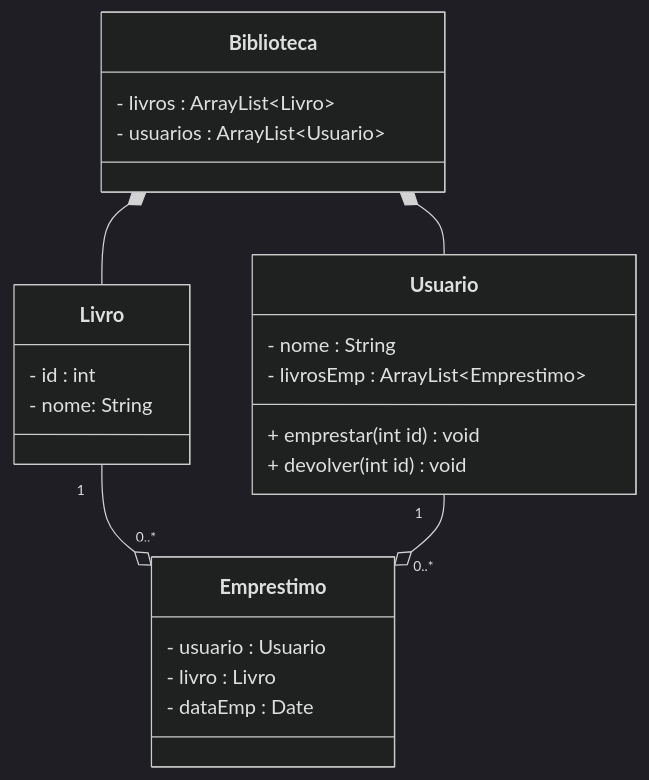
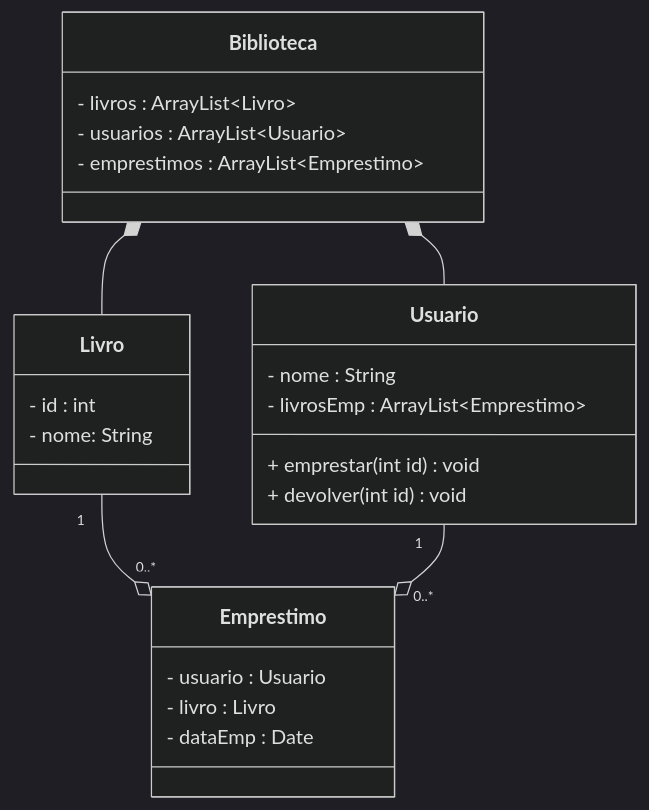
The diagram in Laboratorios/lab-03/Readme.md (feliperezn/IFSC-ADS-POO-2026-2), drawn with Mermaid (dark theme) before and after one commit.

````diff
--- a/Laboratorios/lab-03/Readme.md
+++ b/Laboratorios/lab-03/Readme.md
@@ -1,32 +1,33 @@
 ```mermaid
 classDiagram
     direction BT
 
 class Biblioteca {
     - livros : ArrayList~Livro~
     - usuarios : ArrayList~Usuario~
+    - emprestimos : ArrayList~Emprestimo~
 }
 
 class Livro{
     - id : int
     - nome: String
 }
 
 class Emprestimo {
     - usuario : Usuario
     - livro : Livro
     - dataEmp : Date
 }
 
 class Usuario {
     - nome : String
     - livrosEmp : ArrayList~Emprestimo~
     + emprestar(int id) void
     + devolver(int id) void
 }
 
 Livro --* Biblioteca
 Usuario --* Biblioteca
 Emprestimo "0..*" o-- "1" Livro
 Emprestimo "0..*" o-- "1" Usuario
 ```
````
